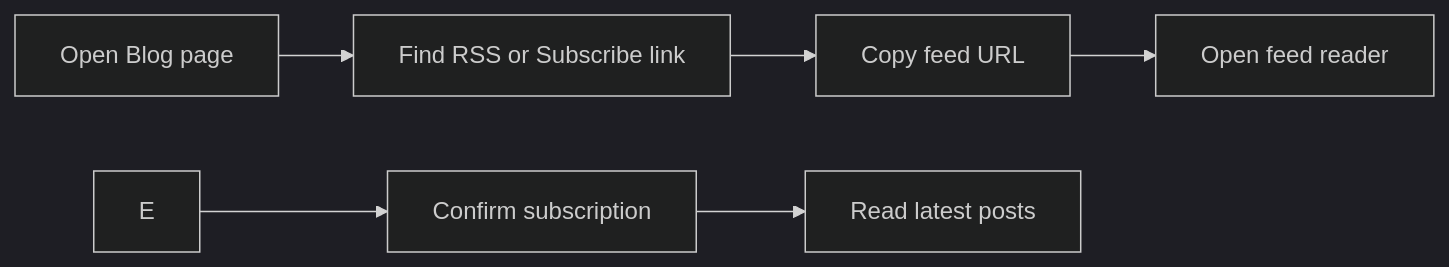
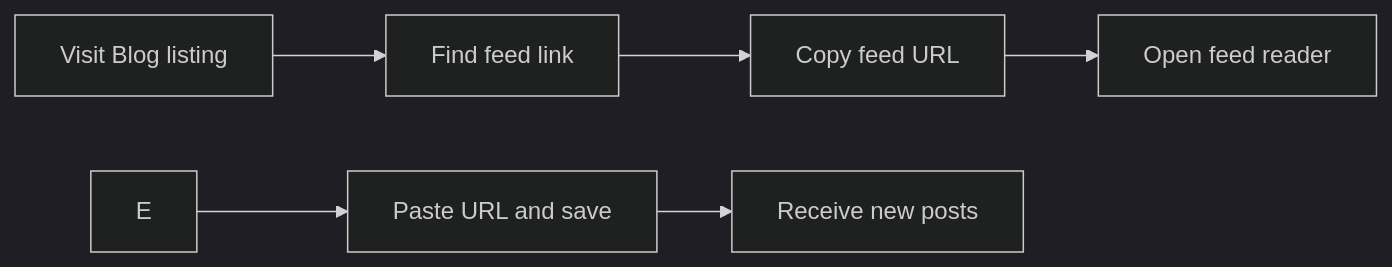
The diagram in api2-documentation/plan_2026-11-02_f8890e/user-facing-docs/how-to-subscribe-to-rssatom-feed.md (Mohita111/API2), drawn with Mermaid (dark theme) before and after one commit. The commit also changed other lines of this file and 12 other files, not shown here.

````diff
--- a/api2-documentation/plan_2026-11-02_f8890e/user-facing-docs/how-to-subscribe-to-rssatom-feed.md
+++ b/api2-documentation/plan_2026-11-02_f8890e/user-facing-docs/how-to-subscribe-to-rssatom-feed.md
@@ -27,8 +17,8 @@
 ```mermaid
 graph LR
-    A[Open Blog page] --> B[Find RSS or Subscribe link]
+    A[Visit Blog listing] --> B[Find feed link]
     B --> C[Copy feed URL]
     C --> D[Open feed reader]
-    E --> F[Confirm subscription]
-    F --> G[Read latest posts]
+    E --> F[Paste URL and save]
+    F --> G[Receive new posts]
 ```
````
